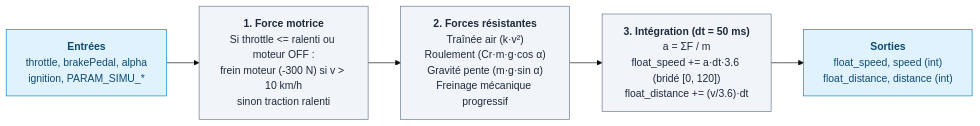
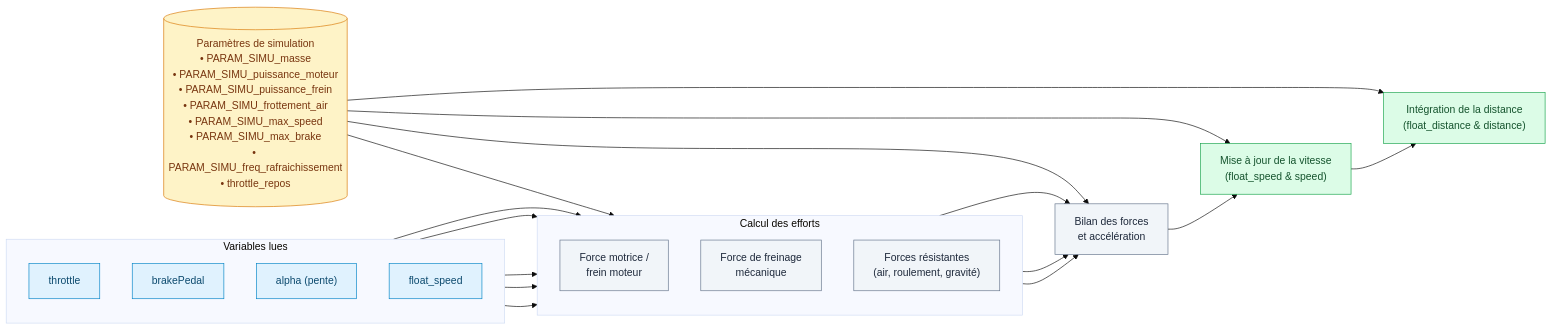
One commit to benoitdekeyn/E4SE_TD_TP changed the first of 10 diagrams in systemes_evenements_discrets/Rapport/Rapport.md. Above: the diagram before and after it, drawn with Mermaid (base theme). The commit also changed other lines of this file and 2 other files, not shown here.

Commit message:
Rapport SED - partie simulation véhicule rédigée

````diff
--- a/systemes_evenements_discrets/Rapport/Rapport.md
+++ b/systemes_evenements_discrets/Rapport/Rapport.md
@@ -176,15 +216,49 @@
 ```mermaid
 flowchart LR
-    IN["`**Entrées**<br/>throttle, brakePedal, alpha<br/>ignition, PARAM_SIMU_*`"]
-    S1["`**1. Force motrice**<br/>Si throttle <= ralenti ou moteur OFF :<br/>frein moteur (-300 N) si v > 10 km/h<br/>sinon traction ralenti`"]
-    S2["`**2. Forces résistantes**<br/>Traînée air (k·v²)<br/>Roulement (Cr·m·g·cos α)<br/>Gravité pente (m·g·sin α)<br/>Freinage mécanique progressif`"]
-    S3["`**3. Intégration (dt = 50 ms)**<br/>a = ΣF / m<br/>float_speed += a·dt·3.6 (bridé [0, 120])<br/>float_distance += (v/3.6)·dt`"]
-    OUT["`**Sorties**<br/>float_speed, speed (int)<br/>float_distance, distance (int)`"]
+    subgraph VARS["Variables lues"]
+        direction TB
+        V_MOT["throttle"]
+        V_FREIN["brakePedal"]
+        V_PENTE["alpha (pente)"]
+        V_VIT["float_speed"]
+    end
 
-    IN --> S1 --> S2 --> S3 --> OUT
+    PARAMS[("Paramètres de simulation<br/>• PARAM_SIMU_masse<br/>• PARAM_SIMU_puissance_moteur<br/>• PARAM_SIMU_puissance_frein<br/>• PARAM_SIMU_frottement_air<br/>• PARAM_SIMU_max_speed<br/>• PARAM_SIMU_max_brake<br/>• PARAM_SIMU_freq_rafraichissement<br/>• throttle_repos")]
 
-    classDef io fill:#e0f2fe,stroke:#0284c7,color:#0c4a6e
+    subgraph FORCES["Calcul des efforts"]
+        direction TB
+        F_MOT["Force motrice /<br/>frein moteur"]
+        F_FREIN["Force de freinage<br/>mécanique"]
+        F_RES["Forces résistantes<br/>(air, roulement, gravité)"]
+    end
+
+    BILAN["Bilan des forces<br/>et accélération"]
+    OUT_V["Mise à jour de la vitesse<br/>(float_speed & speed)"]
+    OUT_D["Intégration de la distance<br/>(float_distance & distance)"]
+
+    V_MOT --> F_MOT
+    V_VIT --> F_MOT
+    V_FREIN --> F_FREIN
+    V_PENTE --> F_RES
+    V_VIT --> F_RES
+
+    PARAMS --> FORCES
+    PARAMS --> BILAN
+    PARAMS --> OUT_V
+    PARAMS --> OUT_D
+
+    F_MOT --> BILAN
+    F_FREIN --> BILAN
+    F_RES --> BILAN
+
+    BILAN --> OUT_V --> OUT_D
+
+    classDef var fill:#e0f2fe,stroke:#0284c7,color:#0c4a6e
+    classDef db fill:#fef3c7,stroke:#d97706,color:#78350f
     classDef step fill:#f1f5f9,stroke:#64748b,color:#1e293b
-    class IN,OUT io
-    class S1,S2,S3 step
+    classDef out fill:#dcfce7,stroke:#16a34a,color:#14532d
+    class V_MOT,V_FREIN,V_PENTE,V_VIT var
+    class PARAMS db
+    class F_MOT,F_FREIN,F_RES,BILAN step
+    class OUT_V,OUT_D out
 ```
````
